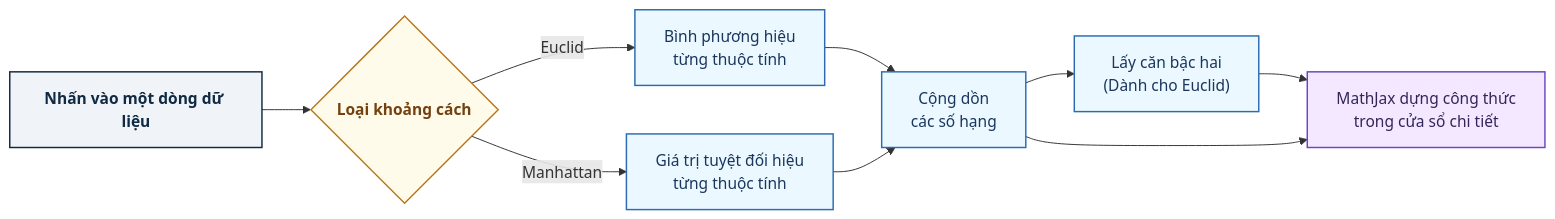
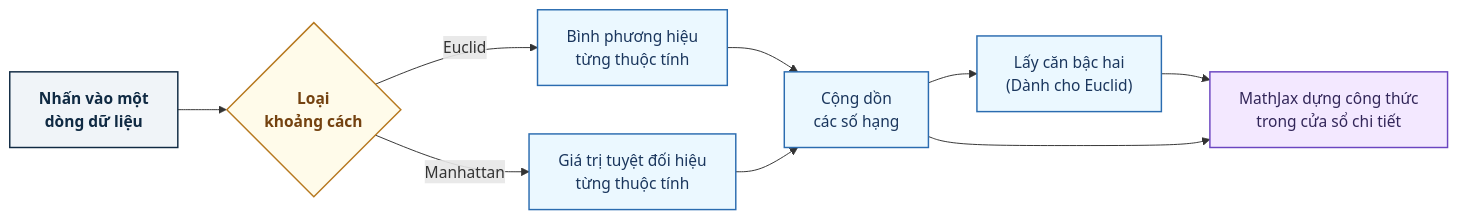
The fifth of 5 diagrams in README.md (huynhthanhphong231004IT/Website_MayHocCoBan), drawn with Mermaid before and after one commit. The commit also changed other lines of this file, not shown here.

````diff
--- a/README.md
+++ b/README.md
@@ -247,35 +247,35 @@
 ```mermaid
 flowchart LR
     %% Định nghĩa phong cách chuẩn Paper (Academic style)
     classDef action fill:#F0F4F8,stroke:#102A43,stroke-width:1.5px,color:#102A43,font-weight:bold;
     classDef decision fill:#FFFBEA,stroke:#B7791F,stroke-width:1.5px,color:#744210,font-weight:bold;
     classDef process fill:#EBF8FF,stroke:#2B6CB0,stroke-width:1.5px,color:#1A365D;
     classDef output fill:#F3E8FF,stroke:#6B46C1,stroke-width:1.5px,color:#322659;
 
-    %% Các nút trong sơ đồ
-    C["Nhấn vào một dòng dữ liệu"]:::action
+    %% Các nút trong sơ đồ (đã ngắt dòng chủ động tránh xén chữ)
+    C["Nhấn vào một<br/>dòng dữ liệu"]:::action
     
-    T{"Loại khoảng cách"}:::decision
+    T{"Loại<br/>khoảng cách"}:::decision
     
     E["Bình phương hiệu<br/>từng thuộc tính"]:::process
     M["Giá trị tuyệt đối hiệu<br/>từng thuộc tính"]:::process
     
     S["Cộng dồn<br/>các số hạng"]:::process
     
     Q["Lấy căn bậc hai<br/>(Dành cho Euclid)"]:::process
     
     R["MathJax dựng công thức<br/>trong cửa sổ chi tiết"]:::output
 
     %% Luồng liên kết dữ liệu
     C --> T
     
     T -->|Euclid| E
     T -->|Manhattan| M
     
     E --> S
     M --> S
     
     S --> Q
     Q --> R
     S --> R
 ```
````
